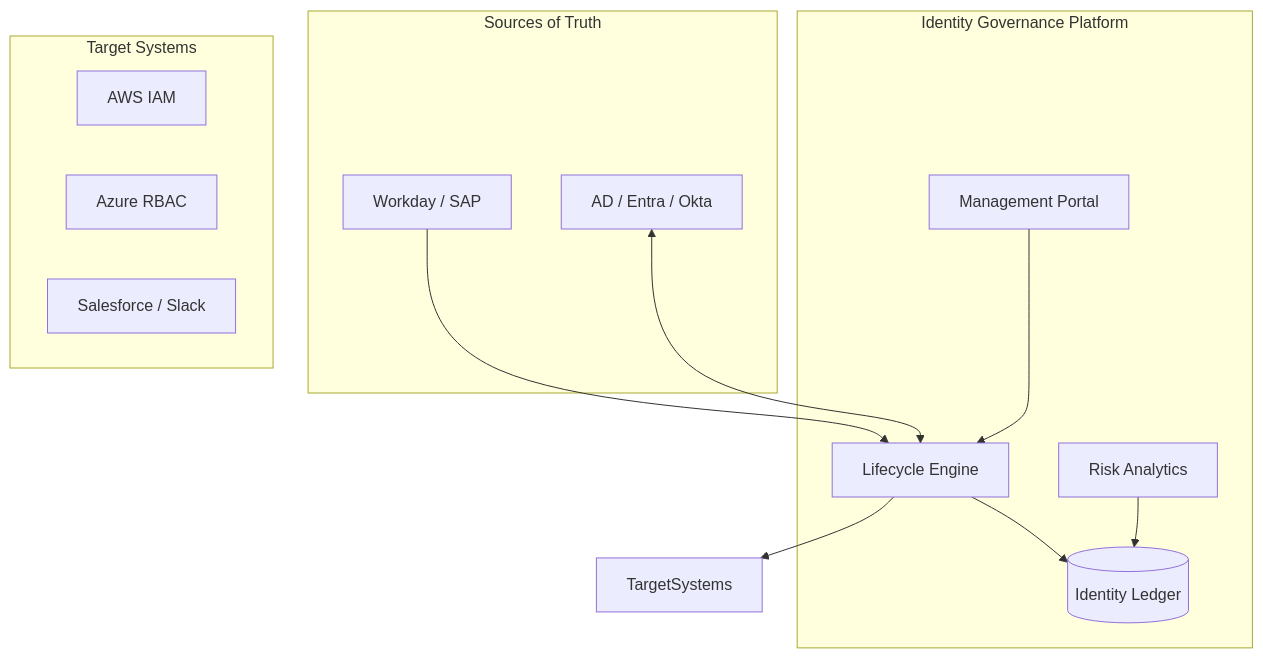
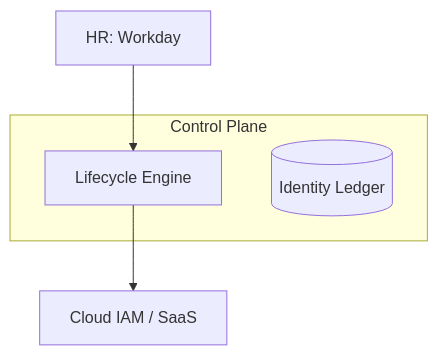
One commit to Devopstrio/identity-governance-framework changed the first of 30 diagrams in README.md. Above: the diagram before and after it, drawn with Mermaid. The commit also changed other lines of this file, not shown here.

Commit message:
docs: expand README with 30+ architectural diagrams

````diff
--- a/README.md
+++ b/README.md
@@ -52,27 +24,9 @@
 ```mermaid
 graph TD
-    subgraph "Identity Governance Platform"
-        Portal[Management Portal]
+    subgraph "Control Plane"
         Engine[Lifecycle Engine]
-        Analytics[Risk Analytics]
         DB[(Identity Ledger)]
     end
-
-    subgraph "Sources of Truth"
-        HR[Workday / SAP]
-        Dir[AD / Entra / Okta]
-    end
-
-    subgraph "Target Systems"
-        AWS[AWS IAM]
-        Azure[Azure RBAC]
-        SaaS[Salesforce / Slack]
-    end
-
-    HR --> Engine
-    Dir <--> Engine
-    Engine --> TargetSystems
-    Engine --> DB
-    Analytics --> DB
-    Portal --> Engine
+    Source[HR: Workday] --> Engine
+    Engine --> Target[Cloud IAM / SaaS]
 ```
````
